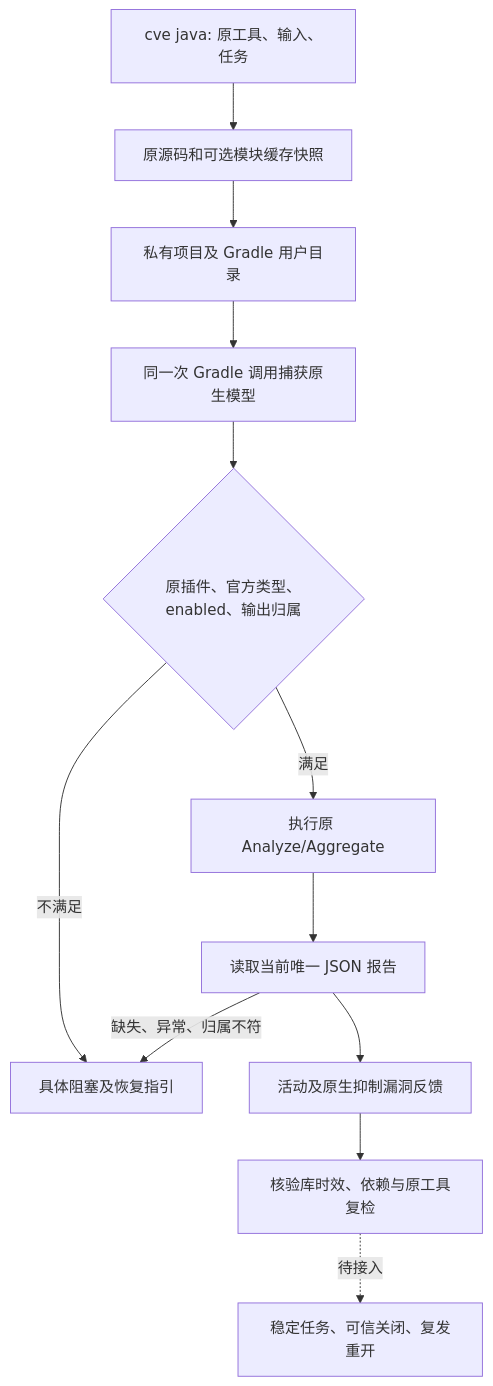
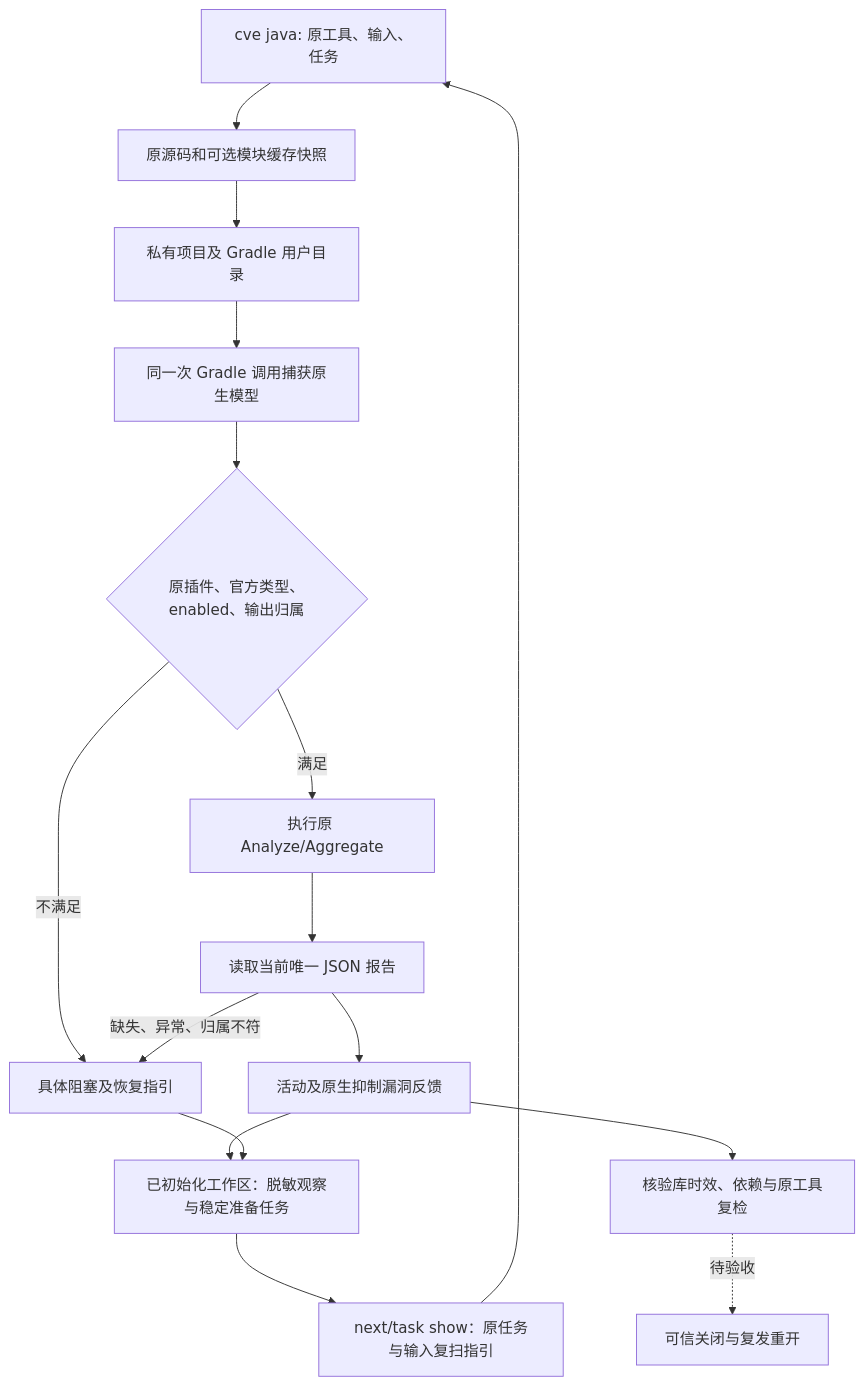
The diagram in docs/Codeguard-Gradle-Vulnerability-Checks.zh_CN.md (full-stack-plugins/codeguard), drawn with Mermaid before and after one commit. The commit also changed other lines of this file and 27 other files, not shown here.

````diff
--- a/docs/Codeguard-Gradle-Vulnerability-Checks.zh_CN.md
+++ b/docs/Codeguard-Gradle-Vulnerability-Checks.zh_CN.md
@@ -18,14 +18,18 @@
 ```mermaid
 flowchart TD
     A[cve java: 原工具、输入、任务] --> B[原源码和可选模块缓存快照]
     B --> C[私有项目及 Gradle 用户目录]
     C --> D[同一次 Gradle 调用捕获原生模型]
     D --> E{原插件、官方类型、enabled、输出归属}
     E -->|不满足| F[具体阻塞及恢复指引]
     E -->|满足| G[执行原 Analyze/Aggregate]
     G --> H[读取当前唯一 JSON 报告]
     H --> I[活动及原生抑制漏洞反馈]
     H -->|缺失、异常、归属不符| F
     I --> J[核验库时效、依赖与原工具复检]
-    J -. 待接入 .-> K[稳定任务、可信关闭、复发重开]
+    I --> K[已初始化工作区：脱敏观察与稳定准备任务]
+    F --> K
+    K --> L[next/task show：原任务与输入复扫指引]
+    L --> A
+    J -. 待验收 .-> M[可信关闭与复发重开]
 ```
````
